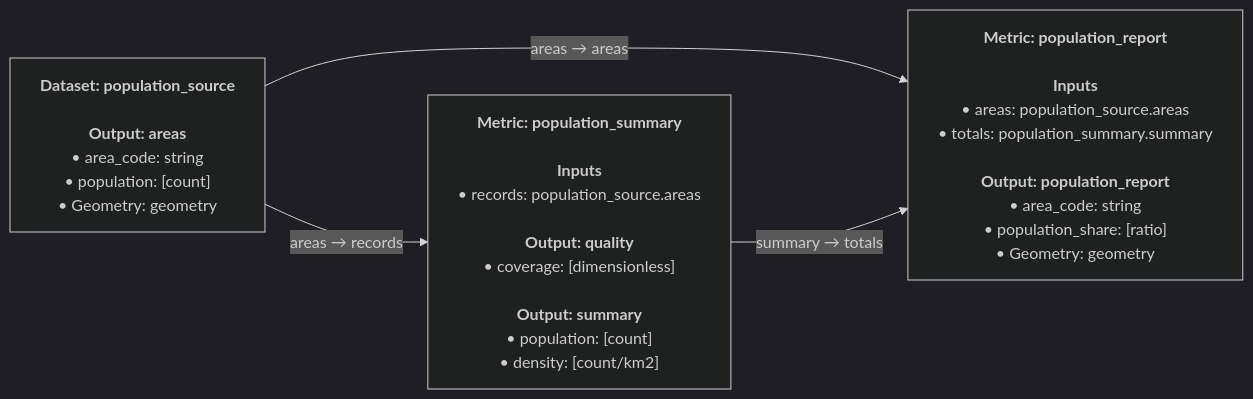
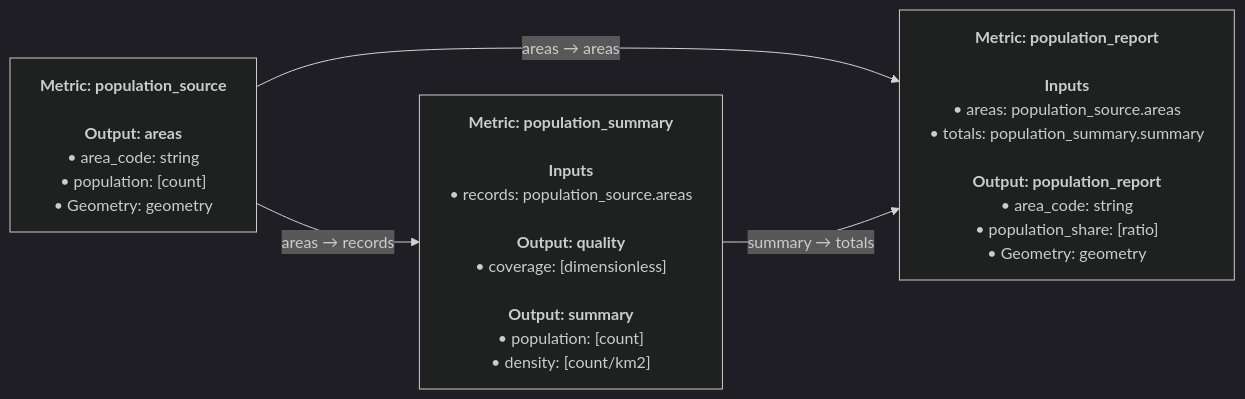
The diagram in examples/diagram-preview/preview.md (RodolfoFigueroa/Lyra), drawn with Mermaid (dark theme) before and after one commit. The commit also changed 65 other files, not shown here.

````diff
--- a/examples/diagram-preview/preview.md
+++ b/examples/diagram-preview/preview.md
@@ -3,9 +3,9 @@
 ```mermaid
 flowchart LR
     n0["<b>Metric: population_report</b><br/><br/><b>Inputs</b><br/>#8226;#160;areas:#160;population_source#46;areas<br/>#8226;#160;totals:#160;population_summary#46;summary<br/><br/><b>Output: population_report</b><br/>#8226;#160;area_code:#160;string<br/>#8226;#160;population_share:#160;#91;ratio#93;<br/>#8226;#160;Geometry:#160;geometry"]
-    n1["<b>Dataset: population_source</b><br/><br/><b>Output: areas</b><br/>#8226;#160;area_code:#160;string<br/>#8226;#160;population:#160;#91;count#93;<br/>#8226;#160;Geometry:#160;geometry"]
+    n1["<b>Metric: population_source</b><br/><br/><b>Output: areas</b><br/>#8226;#160;area_code:#160;string<br/>#8226;#160;population:#160;#91;count#93;<br/>#8226;#160;Geometry:#160;geometry"]
     n2["<b>Metric: population_summary</b><br/><br/><b>Inputs</b><br/>#8226;#160;records:#160;population_source#46;areas<br/><br/><b>Output: quality</b><br/>#8226;#160;coverage:#160;#91;dimensionless#93;<br/><br/><b>Output: summary</b><br/>#8226;#160;population:#160;#91;count#93;<br/>#8226;#160;density:#160;#91;count#47;km2#93;"]
     n1 -->|"areas #8594; areas"| n0
     n2 -->|"summary #8594; totals"| n0
     n1 -->|"areas #8594; records"| n2
 ```
````
